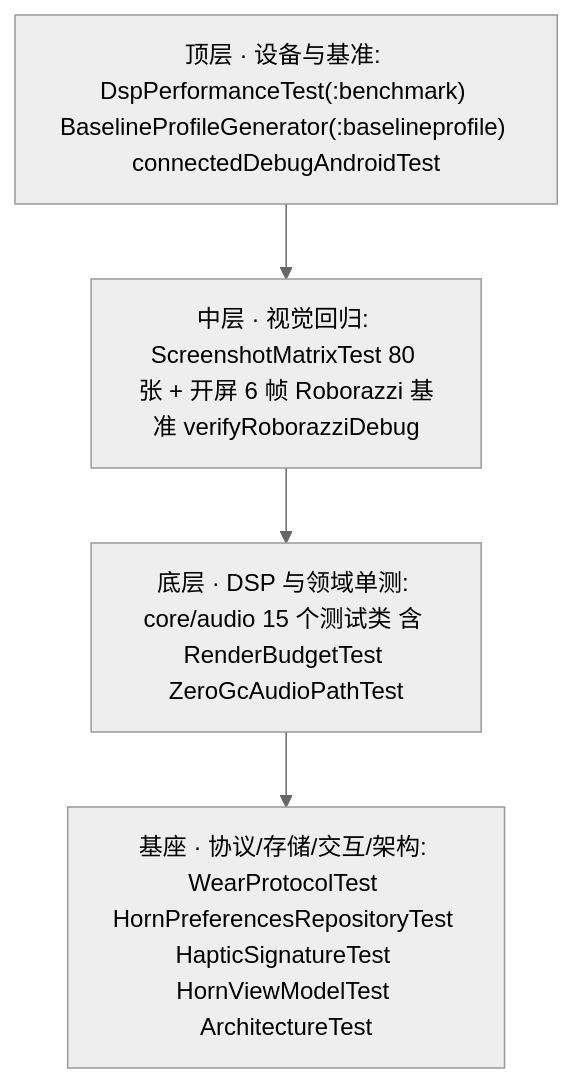
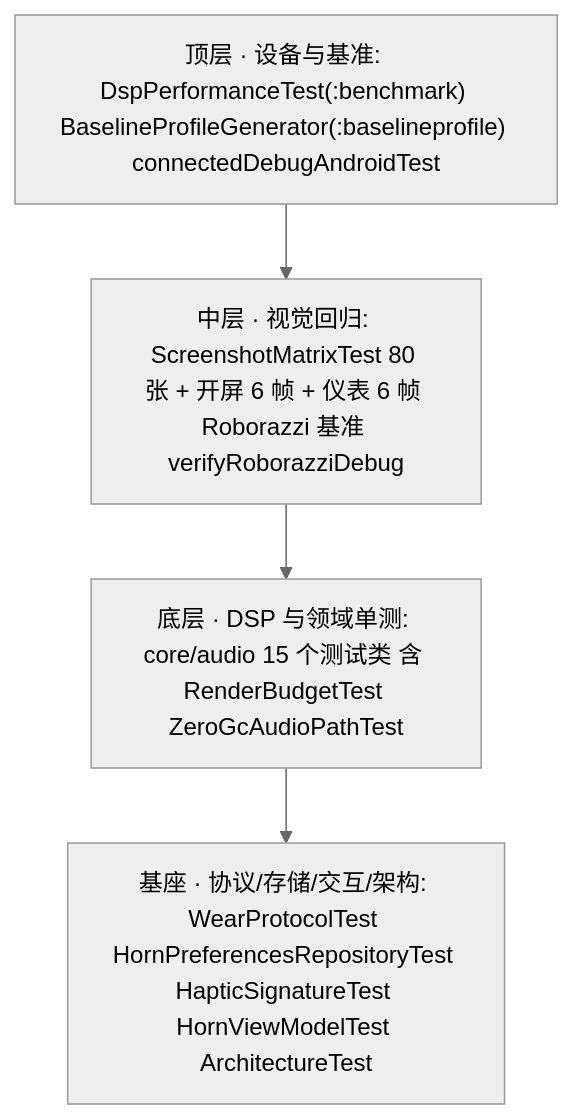
One commit to 424635328/Horn changed the diagram in docs/spec/05-dx-quality-and-ci.md. Above: the diagram before and after it, drawn with Mermaid (neutral theme). The commit also changed other lines of this file and 13 other files, not shown here.

````diff
--- a/docs/spec/05-dx-quality-and-ci.md
+++ b/docs/spec/05-dx-quality-and-ci.md
@@ -188,6 +188,6 @@
 ```mermaid
 graph TD
-    T3["顶层 · 设备与基准: DspPerformanceTest(:benchmark) BaselineProfileGenerator(:baselineprofile) connectedDebugAndroidTest"] --> T2["中层 · 视觉回归: ScreenshotMatrixTest 80 张 + 开屏 6 帧 Roborazzi 基准 verifyRoborazziDebug"]
+    T3["顶层 · 设备与基准: DspPerformanceTest(:benchmark) BaselineProfileGenerator(:baselineprofile) connectedDebugAndroidTest"] --> T2["中层 · 视觉回归: ScreenshotMatrixTest 80 张 + 开屏 6 帧 + 仪表 6 帧 Roborazzi 基准 verifyRoborazziDebug"]
     T2 --> T1["底层 · DSP 与领域单测: core/audio 15 个测试类 含 RenderBudgetTest ZeroGcAudioPathTest"]
     T1 --> T0["基座 · 协议/存储/交互/架构: WearProtocolTest HornPreferencesRepositoryTest HapticSignatureTest HornViewModelTest ArchitectureTest"]
 ```
````
